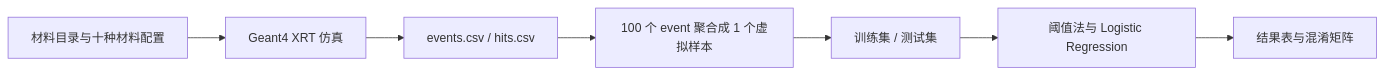
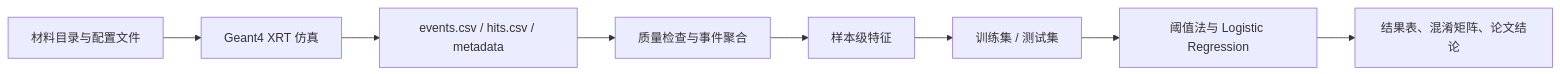
One commit to dydpop/xrt-sorter-geant4-undergrad-guide changed the diagram in docs/TEAM_GUIDE_zh.md. Above: the diagram before and after it, drawn with Mermaid. The commit also changed other lines of this file and 8 other files, not shown here.

````diff
--- a/docs/TEAM_GUIDE_zh.md
+++ b/docs/TEAM_GUIDE_zh.md
@@ -25,9 +25,10 @@
 ```mermaid
 flowchart LR
-    A["材料目录与十种材料配置"] --> B["Geant4 XRT 仿真"]
-    B --> C["events.csv / hits.csv"]
-    C --> D["100 个 event 聚合成 1 个虚拟样本"]
-    D --> E["训练集 / 测试集"]
-    E --> F["阈值法与 Logistic Regression"]
-    F --> G["结果表与混淆矩阵"]
+    A["材料目录与配置文件"] --> B["Geant4 XRT 仿真"]
+    B --> C["events.csv / hits.csv / metadata"]
+    C --> D["质量检查与事件聚合"]
+    D --> E["样本级特征"]
+    E --> F["训练集 / 测试集"]
+    F --> G["阈值法与 Logistic Regression"]
+    G --> H["结果表、混淆矩阵、论文结论"]
 ```
````
